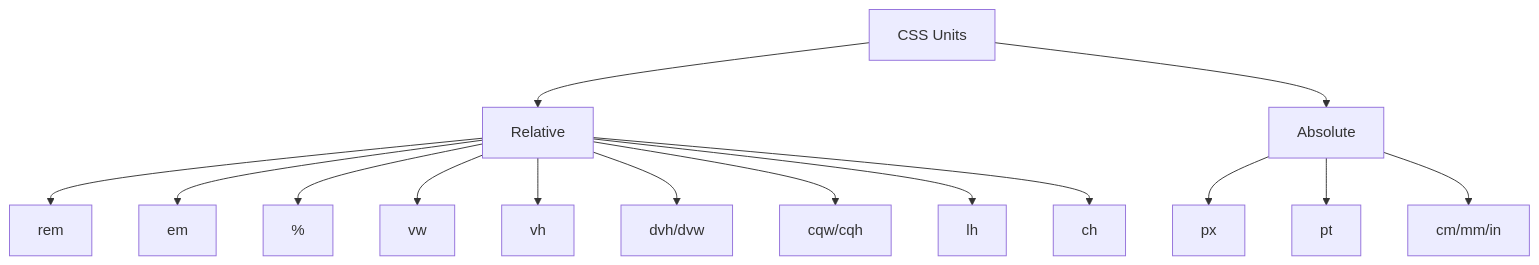
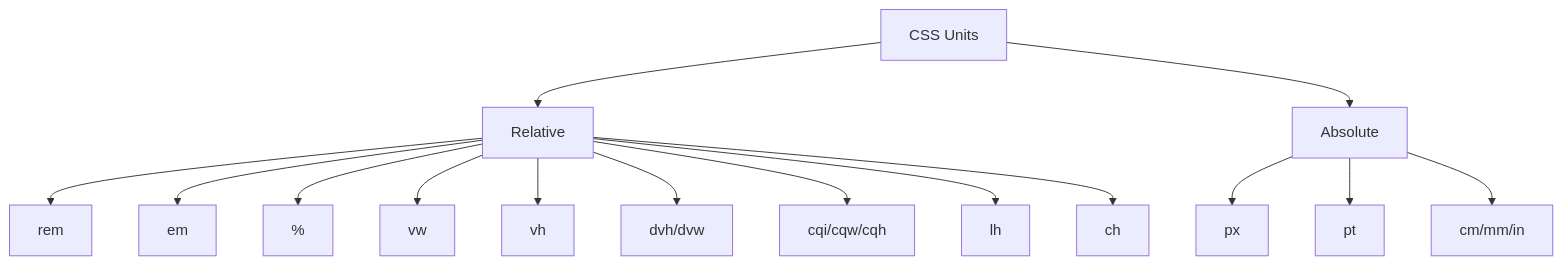
Before and after one commit to kumaratul60/System-Design: the eighth of 10 diagrams in cheatsheets/cssUnits.md, drawn with Mermaid. The commit also changed other lines of this file and 1 other file, not shown here.

````diff
--- a/cheatsheets/cssUnits.md
+++ b/cheatsheets/cssUnits.md
@@ -1283,19 +1577,19 @@
    ```mermaid
    graph TD
      CSS[CSS Units] --> Relative
      CSS --> Absolute
 
      Relative --> rem
      Relative --> em
      Relative --> pct["%"]
      Relative --> vw
      Relative --> vh
      Relative --> dvh/dvw
-     Relative --> cqw/cqh
+     Relative --> cqi/cqw/cqh
      Relative --> lh
      Relative --> ch
 
      Absolute --> px
      Absolute --> pt
      Absolute --> cm/mm/in
    ```
````
